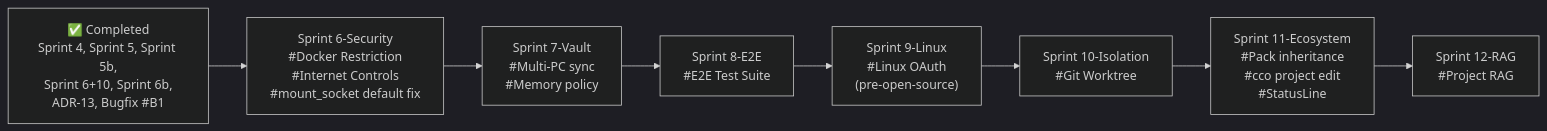
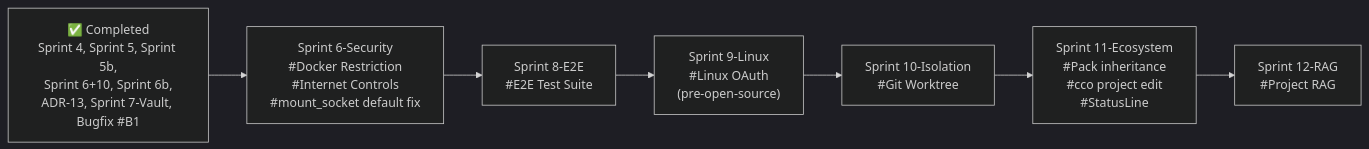
The diagram in docs/maintainer/decisions/roadmap.md (alergyonthestage/claude-orchestrator), drawn with Mermaid (dark theme) before and after one commit. The commit also changed other lines of this file and 3 other files, not shown here.

First line of the commit message:
docs: update documentation for Sprint 7-Vault completion

````diff
--- a/docs/maintainer/decisions/roadmap.md
+++ b/docs/maintainer/decisions/roadmap.md
@@ -24,20 +24,18 @@
 ```mermaid
 graph LR
-    DONE["✅ Completed<br/>Sprint 4, Sprint 5, Sprint 5b,<br/>Sprint 6+10, Sprint 6b,<br/>ADR-13, Bugfix #B1"]
+    DONE["✅ Completed<br/>Sprint 4, Sprint 5, Sprint 5b,<br/>Sprint 6+10, Sprint 6b,<br/>ADR-13, Sprint 7-Vault, Bugfix #B1"]
 
     S6S["Sprint 6-Security<br/>#Docker Restriction<br/>#Internet Controls<br/>#mount_socket default fix"]
-    S7V["Sprint 7-Vault<br/>#Multi-PC sync<br/>#Memory policy"]
     S8E["Sprint 8-E2E<br/>#E2E Test Suite"]
     S9L["Sprint 9-Linux<br/>#Linux OAuth<br/>(pre-open-source)"]
     S10I["Sprint 10-Isolation<br/>#Git Worktree"]
     S11E["Sprint 11-Ecosystem<br/>#Pack inheritance<br/>#cco project edit<br/>#StatusLine"]
     S12R["Sprint 12-RAG<br/>#Project RAG"]
 
     DONE --> S6S
-    S6S --> S7V
-    S7V --> S8E
+    S6S --> S8E
     S8E --> S9L
     S9L --> S10I
     S10I --> S11E
     S11E --> S12R
 ```
````
